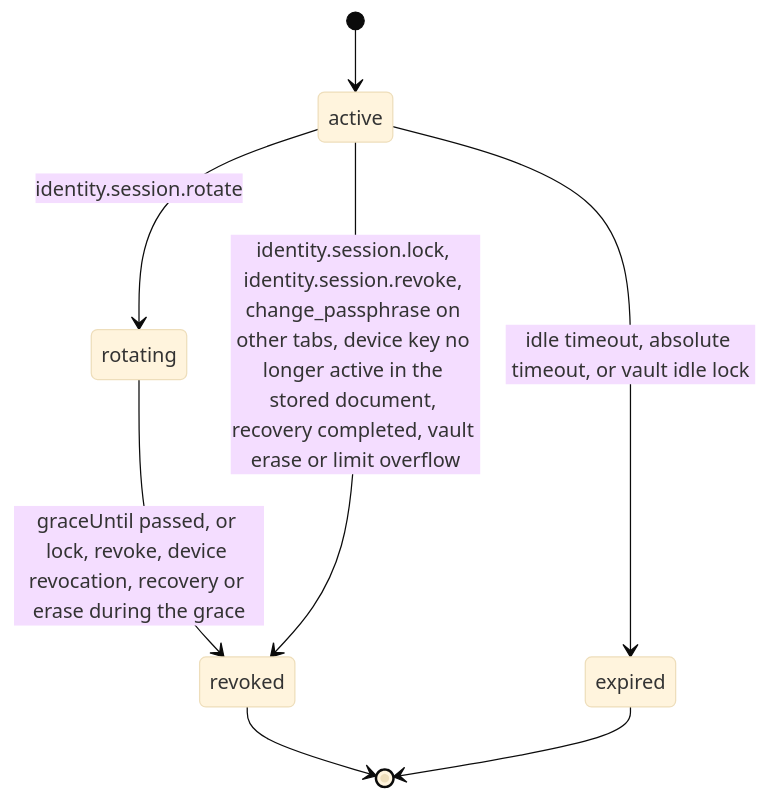
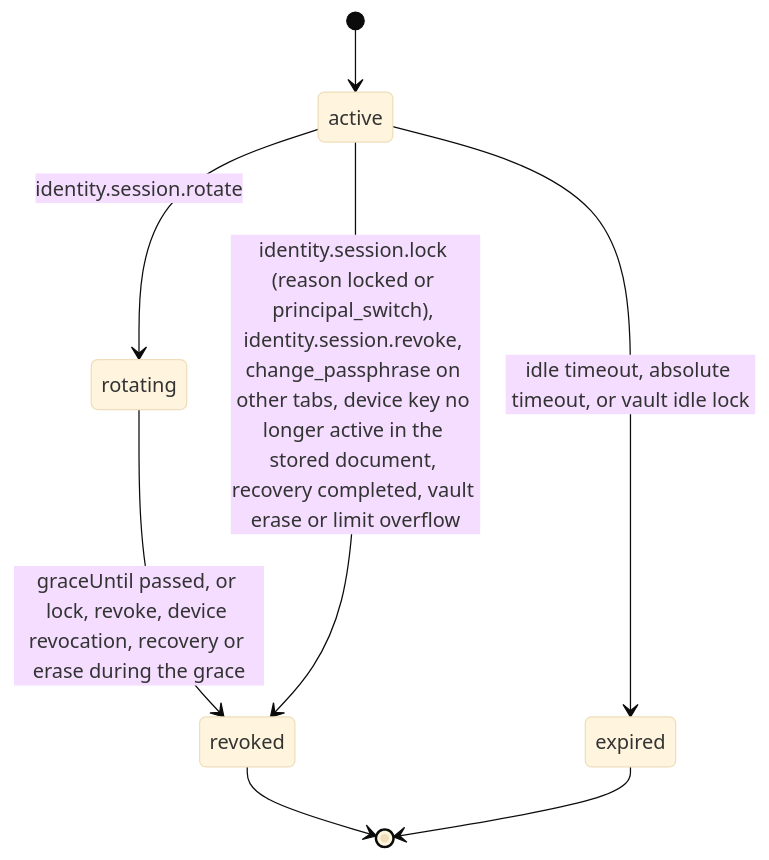
Before and after one commit to djshellshoxxx/CLASSifiedisRUPTed: the second of 2 diagrams in 07_Identity/01_accounts/mod_sessions/workflow_state_machine.md, drawn with Mermaid (base theme). The commit also changed other lines of this file and 141 other files, not shown here.

````diff
--- a/07_Identity/01_accounts/mod_sessions/workflow_state_machine.md
+++ b/07_Identity/01_accounts/mod_sessions/workflow_state_machine.md
@@ -47,10 +47,10 @@
 ```mermaid
 stateDiagram-v2
   [*] --> active
   active --> rotating: identity.session.rotate
   rotating --> revoked: graceUntil passed, or lock, revoke, device revocation, recovery or erase during the grace
-  active --> revoked: identity.session.lock, identity.session.revoke, change_passphrase on other tabs, device key no longer active in the stored document, recovery completed, vault erase or limit overflow
+  active --> revoked: identity.session.lock (reason locked or principal_switch), identity.session.revoke, change_passphrase on other tabs, device key no longer active in the stored document, recovery completed, vault erase or limit overflow
   active --> expired: idle timeout, absolute timeout, or vault idle lock
   revoked --> [*]
   expired --> [*]
 ```
````
